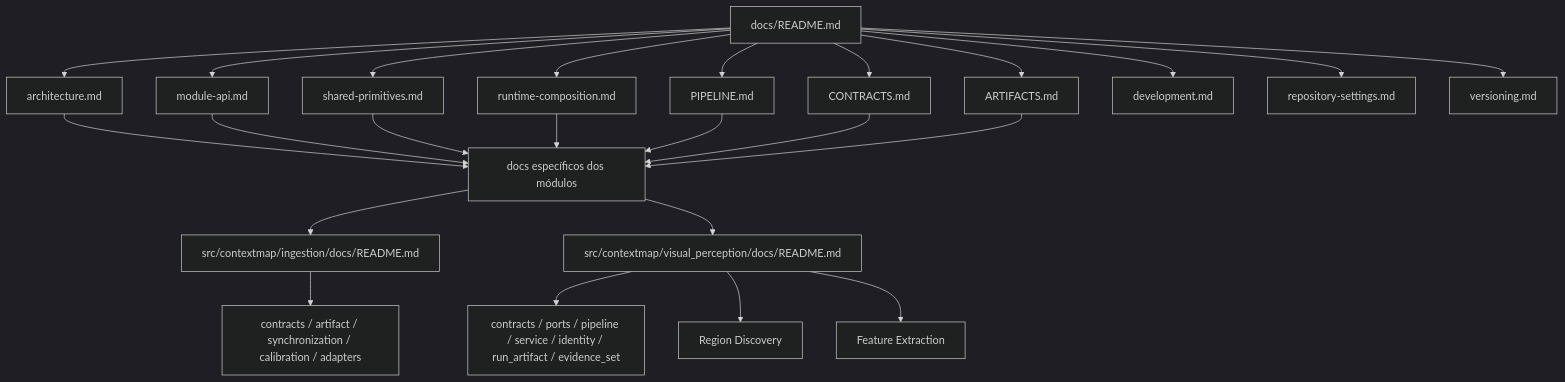
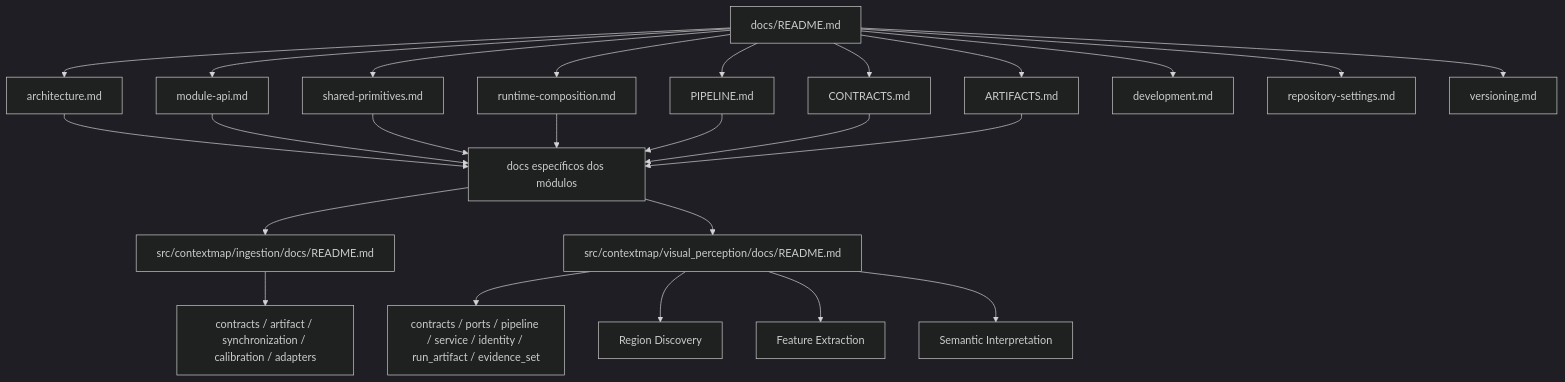
One commit to Alexandre-Tortoza/contextmap2 changed the third of 3 diagrams in docs/README.md. Above: the diagram before and after it, drawn with Mermaid (dark theme). The commit also changed other lines of this file and 5 other files, not shown here.

First line of the commit message:
docs: integrate semantic interpretation into global architecture

````diff
--- a/docs/README.md
+++ b/docs/README.md
@@ -65,30 +65,31 @@
 ```mermaid
 flowchart TD
     R[docs/README.md]
 
     R --> P[PIPELINE.md]
     R --> A[architecture.md]
     R --> API[module-api.md]
     R --> SH[shared-primitives.md]
     R --> RC[runtime-composition.md]
     R --> C[CONTRACTS.md]
     R --> AR[ARTIFACTS.md]
     R --> D[development.md]
     R --> RS[repository-settings.md]
     R --> V[versioning.md]
 
     A --> M[docs específicos dos módulos]
     API --> M
     SH --> M
     RC --> M
     P --> M
     C --> M
     AR --> M
 
     M --> ING[src/contextmap/ingestion/docs/README.md]
     M --> VP[src/contextmap/visual_perception/docs/README.md]
     ING --> ID[contracts / artifact / synchronization / calibration / adapters]
     VP --> VD[contracts / ports / pipeline / service / identity / run_artifact / evidence_set]
     VP --> RD[Region Discovery]
     VP --> FE[Feature Extraction]
+    VP --> SI[Semantic Interpretation]
 ```
````
